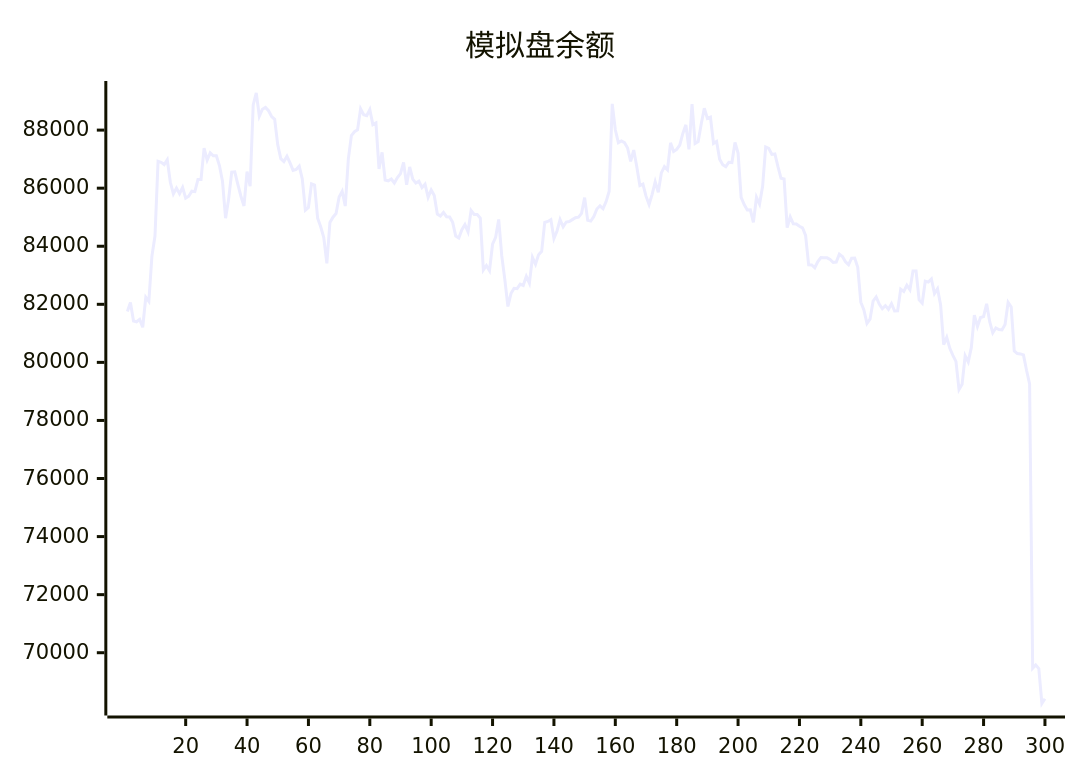
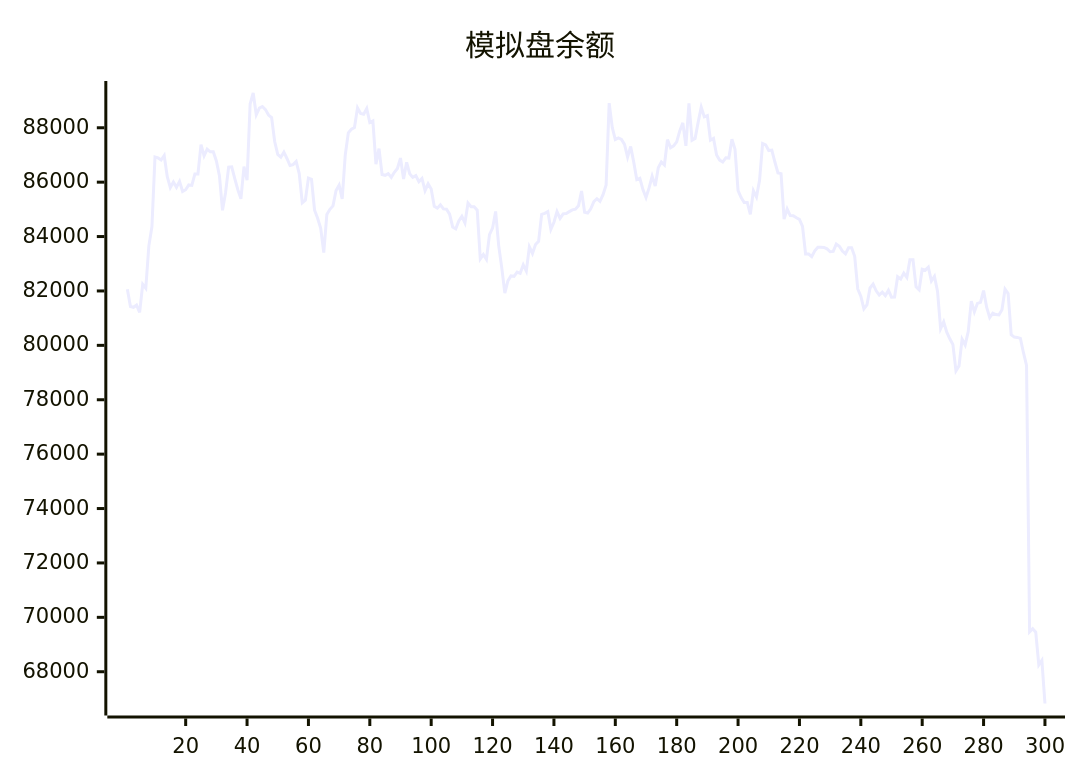
Before and after one commit to aahl/ai-trading: the diagram in README.md, drawn with Mermaid. The commit also changed other lines of this file and 1 other file, not shown here.

````diff
--- a/README.md
+++ b/README.md
@@ -5,5 +5,5 @@
 ```mermaid
 xychart
     title "模拟盘余额"
-    line [81756,82064,81426,81398,81481,81210,82242,82099,83658,84359,86925,86892,86814,86980,86203,85802,86003,85811,86028,85657,85721,85896,85880,86300,86299,87378,86965,87214,87115,87118,86780,86238,84966,85623,86555,86562,86129,85722,85387,86569,86070,88870,89278,88477,88720,88781,88668,88467,88372,87493,87018,86917,87102,86870,86613,86644,86758,86317,85242,85334,86149,86106,84968,84671,84302,83410,84816,85001,85127,85693,85891,85384,87001,87811,87945,88007,88734,88528,88495,88705,88189,88248,86662,87234,86279,86251,86314,86177,86364,86503,86886,86114,86731,86310,86176,86240,86017,86136,85685,85938,85749,85111,85044,85164,85016,85008,84824,84354,84287,84572,84745,84500,85234,85096,85095,84970,83180,83338,83157,84070,84309,84922,83667,82850,81924,82369,82552,82539,82695,82648,82962,82728,83619,83378,83710,83825,84819,84854,84917,84265,84527,84919,84668,84834,84850,84916,84981,85004,85131,85674,84891,84864,85019,85284,85393,85294,85538,85894,88904,88012,87567,87625,87568,87386,86920,87313,86737,86094,86143,85725,85437,85787,86219,85859,86526,86740,86630,87563,87264,87335,87483,87886,88180,87335,88894,87544,87608,88207,88755,88401,88444,87543,87608,87000,86810,86740,86894,86884,87576,87209,85686,85435,85251,85255,84820,85689,85453,86066,87420,87373,87161,87178,86740,86341,86315,84643,85012,84772,84768,84690,84635,84376,83360,83357,83259,83474,83608,83606,83602,83548,83440,83454,83724,83644,83464,83365,83590,83592,83275,82072,81806,81344,81492,82109,82254,82006,81848,81955,81829,82022,81769,81776,82522,82441,82656,82498,83144,83144,82150,82038,82797,82763,82872,82367,82536,81981,80612,80862,80484,80242,80034,79063,79245,80226,80016,80507,81625,81233,81544,81578,82016,81401,81019,81186,81130,81118,81306,82066,81909,80392,80304,80291,80258,79729,79261,69466,69579,69456,68251,68415]
+    line [82064,81426,81398,81481,81210,82242,82099,83658,84359,86925,86892,86814,86980,86203,85802,86003,85811,86028,85657,85721,85896,85880,86300,86299,87378,86965,87214,87115,87118,86780,86238,84966,85623,86555,86562,86129,85722,85387,86569,86070,88870,89278,88477,88720,88781,88668,88467,88372,87493,87018,86917,87102,86870,86613,86644,86758,86317,85242,85334,86149,86106,84968,84671,84302,83410,84816,85001,85127,85693,85891,85384,87001,87811,87945,88007,88734,88528,88495,88705,88189,88248,86662,87234,86279,86251,86314,86177,86364,86503,86886,86114,86731,86310,86176,86240,86017,86136,85685,85938,85749,85111,85044,85164,85016,85008,84824,84354,84287,84572,84745,84500,85234,85096,85095,84970,83180,83338,83157,84070,84309,84922,83667,82850,81924,82369,82552,82539,82695,82648,82962,82728,83619,83378,83710,83825,84819,84854,84917,84265,84527,84919,84668,84834,84850,84916,84981,85004,85131,85674,84891,84864,85019,85284,85393,85294,85538,85894,88904,88012,87567,87625,87568,87386,86920,87313,86737,86094,86143,85725,85437,85787,86219,85859,86526,86740,86630,87563,87264,87335,87483,87886,88180,87335,88894,87544,87608,88207,88755,88401,88444,87543,87608,87000,86810,86740,86894,86884,87576,87209,85686,85435,85251,85255,84820,85689,85453,86066,87420,87373,87161,87178,86740,86341,86315,84643,85012,84772,84768,84690,84635,84376,83360,83357,83259,83474,83608,83606,83602,83548,83440,83454,83724,83644,83464,83365,83590,83592,83275,82072,81806,81344,81492,82109,82254,82006,81848,81955,81829,82022,81769,81776,82522,82441,82656,82498,83144,83144,82150,82038,82797,82763,82872,82367,82536,81981,80612,80862,80484,80242,80034,79063,79245,80226,80016,80507,81625,81233,81544,81578,82016,81401,81019,81186,81130,81118,81306,82066,81909,80392,80304,80291,80258,79729,79261,69466,69579,69456,68251,68415,66832]
 ```
````
